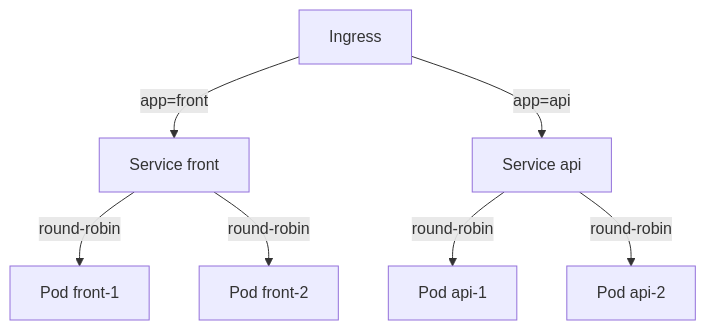
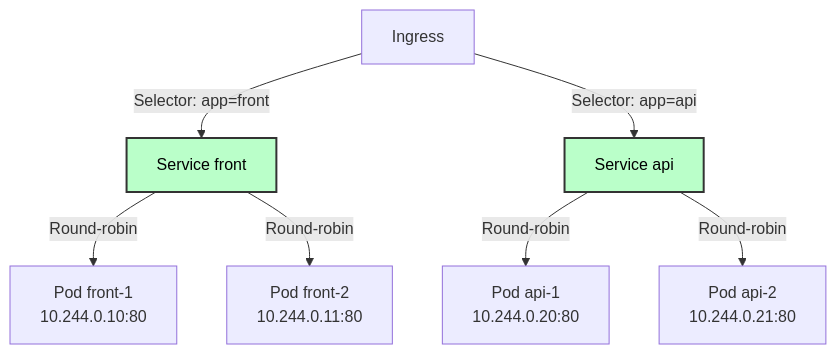
One commit to MPFabio/S4-Ingress-TLS-Config-Secrets changed the fifth of 9 diagrams in ARCHITECTURE.md. Above: the diagram before and after it, drawn with Mermaid. The commit also changed other lines of this file and 1 other file, not shown here.

Commit message:
Improve diagram readability with lighter colors

````diff
--- a/ARCHITECTURE.md
+++ b/ARCHITECTURE.md
@@ -102,11 +125,14 @@
 ```mermaid
 flowchart TB
-    Ingress[Ingress] -->|app=front| SvcFront[Service front]
-    Ingress -->|app=api| SvcApi[Service api]
+    Ingress[Ingress] -->|Selector: app=front| SvcFront[Service front]
+    Ingress -->|Selector: app=api| SvcApi[Service api]
     
-    SvcFront -->|round-robin| P1[Pod front-1]
-    SvcFront -->|round-robin| P2[Pod front-2]
+    SvcFront -->|Round-robin| P1[Pod front-1<br/>10.244.0.10:80]
+    SvcFront -->|Round-robin| P2[Pod front-2<br/>10.244.0.11:80]
     
-    SvcApi -->|round-robin| P3[Pod api-1]
-    SvcApi -->|round-robin| P4[Pod api-2]
+    SvcApi -->|Round-robin| P3[Pod api-1<br/>10.244.0.20:80]
+    SvcApi -->|Round-robin| P4[Pod api-2<br/>10.244.0.21:80]
+    
+    style SvcFront fill:#baffc9,stroke:#333,stroke-width:2px,color:#000
+    style SvcApi fill:#baffc9,stroke:#333,stroke-width:2px,color:#000
 ```
````
